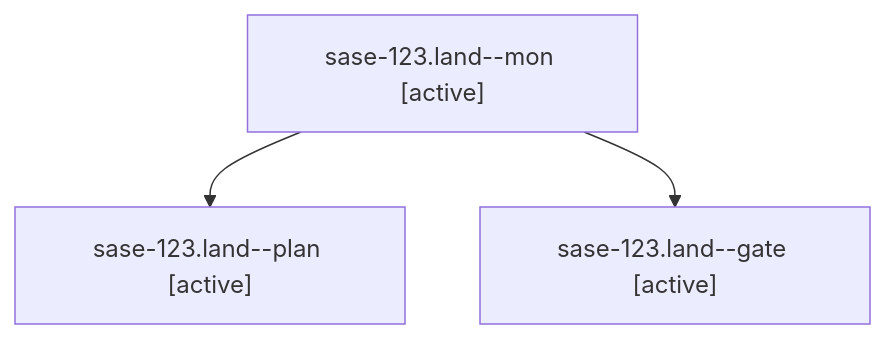
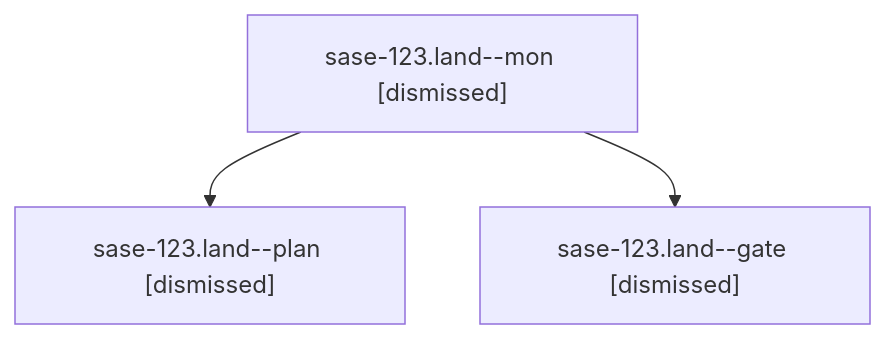
Before and after one commit to sase-org/sase--agents: the diagram in sessions/bbugyi200.athena.sase-123.land.md, drawn with Mermaid. The commit also changed other lines of this file and 306 other files, not shown here.

````diff
--- a/sessions/bbugyi200.athena.sase-123.land.md
+++ b/sessions/bbugyi200.athena.sase-123.land.md
@@ -9,8 +9,8 @@
 ```mermaid
 flowchart TD
-  n0["sase-123.land--mon [active]"]
-  n1["sase-123.land--plan [active]"]
+  n0["sase-123.land--mon [dismissed]"]
+  n1["sase-123.land--plan [dismissed]"]
   n0 --> n1
-  n2["sase-123.land--gate [active]"]
+  n2["sase-123.land--gate [dismissed]"]
   n0 --> n2
 ```
````
